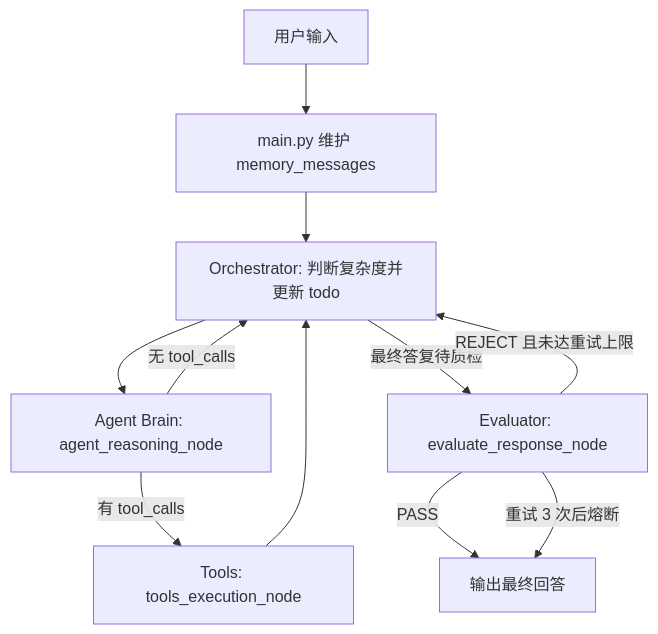
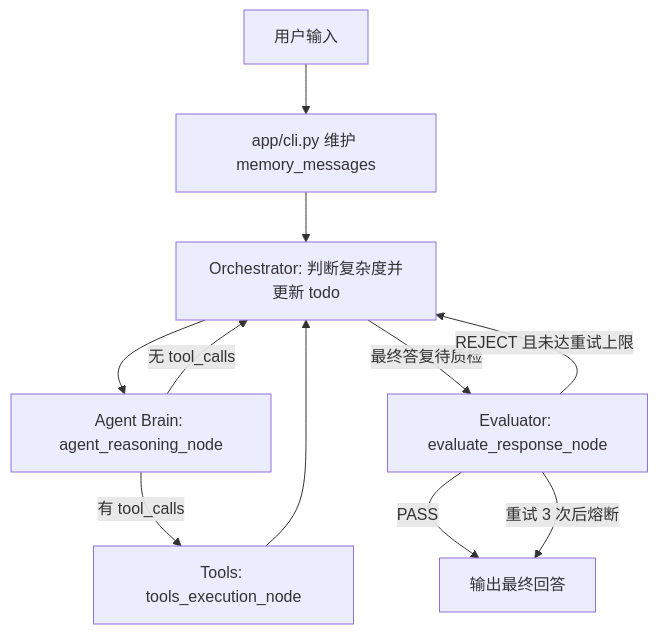
Before and after one commit to JO-WTF/agent-framework: the diagram in README.md, drawn with Mermaid. The commit also changed other lines of this file and 32 other files, not shown here.

````diff
--- a/README.md
+++ b/README.md
@@ -27,13 +29,13 @@
 ```mermaid
 flowchart TD
-    U[用户输入] --> M[main.py 维护 memory_messages]
+    U[用户输入] --> M[app/cli.py 维护 memory_messages]
     M --> O[Orchestrator: 判断复杂度并更新 todo]
     O --> A[Agent Brain: agent_reasoning_node]
     A -->|有 tool_calls| T[Tools: tools_execution_node]
     T --> O
     A -->|无 tool_calls| O
     O -->|最终答复待质检| E[Evaluator: evaluate_response_node]
     E -->|PASS| END[输出最终回答]
     E -->|REJECT 且未达重试上限| O
     E -->|重试 3 次后熔断| END
 ```
````
